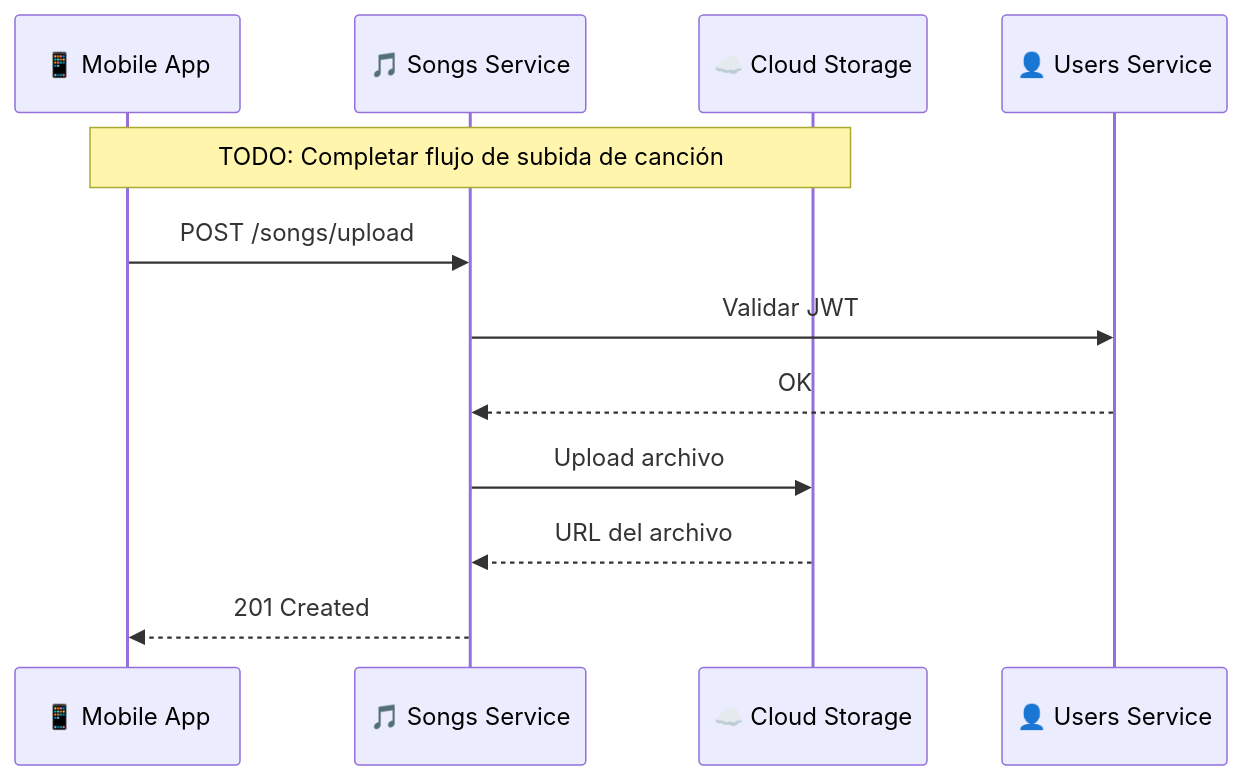
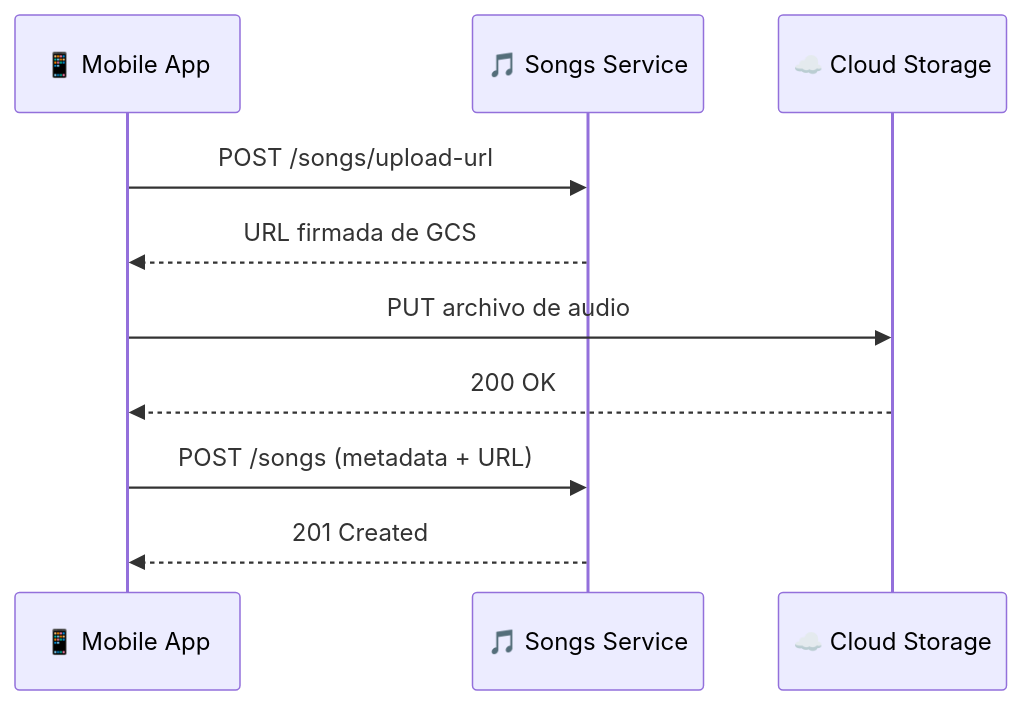
The fourth of 5 diagrams in docs/architecture.md (Melodia-FIUBA/docs), drawn with Mermaid before and after one commit. The commit also changed other lines of this file and 17 other files, not shown here.

````diff
--- a/docs/architecture.md
+++ b/docs/architecture.md
@@ -143,15 +155,13 @@
 ```mermaid
 sequenceDiagram
     participant App as 📱 Mobile App
     participant Songs as 🎵 Songs Service
     participant GCS as ☁️ Cloud Storage
-    participant Users as 👤 Users Service
-    
-    Note over App,GCS: TODO: Completar flujo de subida de canción
-    App->>Songs: POST /songs/upload
-    Songs->>Users: Validar JWT
-    Users-->>Songs: OK
-    Songs->>GCS: Upload archivo
-    GCS-->>Songs: URL del archivo
+
+    App->>Songs: POST /songs/upload-url
+    Songs-->>App: URL firmada de GCS
+    App->>GCS: PUT archivo de audio
+    GCS-->>App: 200 OK
+    App->>Songs: POST /songs (metadata + URL)
     Songs-->>App: 201 Created
 ```
````
